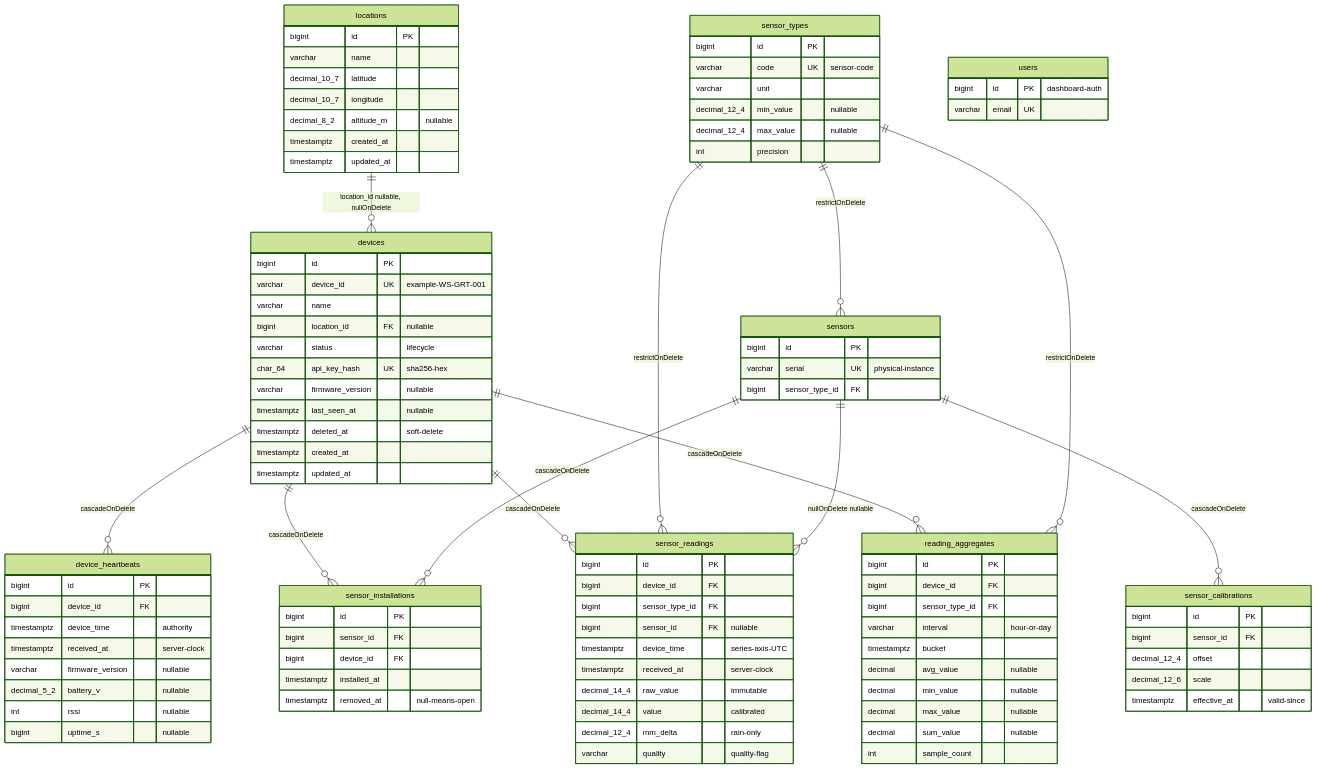
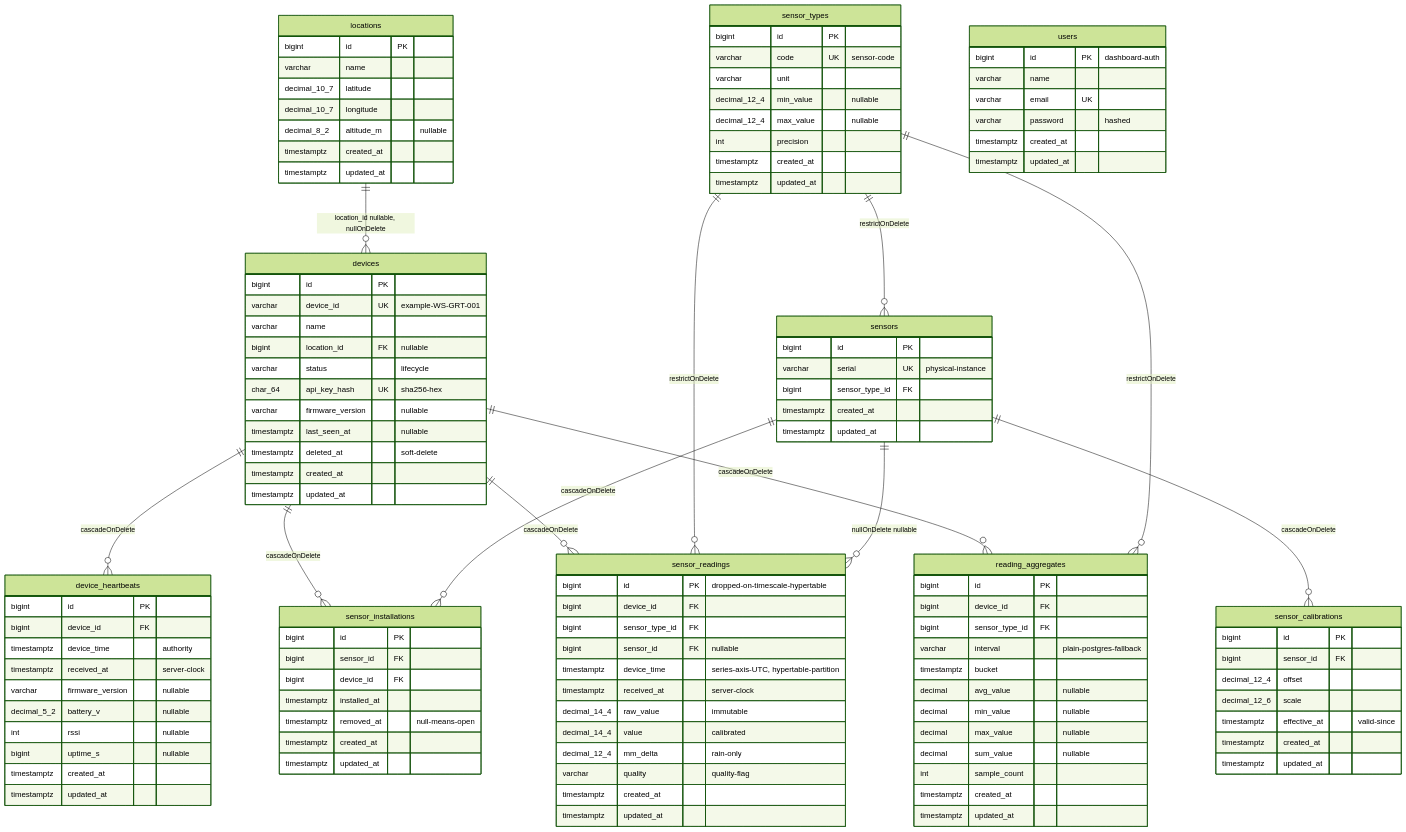
Before and after one commit to mmuqiitf/weather-station: the diagram in docs/erd.mmd, drawn with Mermaid (forest theme). The commit also changed 7 other files, not shown here.

First line of the commit message:
docs: natural Indonesian README/JAWABAN, refresh API/ERD/data-flow

```diff
--- a/docs/erd.mmd
+++ b/docs/erd.mmd
@@ -1,100 +1,118 @@
 erDiagram
     locations ||--o{ devices : "location_id nullable, nullOnDelete"
     devices ||--o{ device_heartbeats : "cascadeOnDelete"
     devices ||--o{ sensor_installations : "cascadeOnDelete"
     devices ||--o{ sensor_readings : "cascadeOnDelete"
     devices ||--o{ reading_aggregates : "cascadeOnDelete"
     sensor_types ||--o{ sensors : "restrictOnDelete"
     sensor_types ||--o{ sensor_readings : "restrictOnDelete"
     sensor_types ||--o{ reading_aggregates : "restrictOnDelete"
     sensors ||--o{ sensor_installations : "cascadeOnDelete"
     sensors ||--o{ sensor_calibrations : "cascadeOnDelete"
     sensors ||--o{ sensor_readings : "nullOnDelete nullable"
 
     locations {
         bigint id PK
         varchar name
         decimal_10_7 latitude
         decimal_10_7 longitude
         decimal_8_2 altitude_m "nullable"
         timestamptz created_at
         timestamptz updated_at
     }
     devices {
         bigint id PK
         varchar device_id UK "example-WS-GRT-001"
         varchar name
         bigint location_id FK "nullable"
         varchar status "lifecycle"
         char_64 api_key_hash UK "sha256-hex"
         varchar firmware_version "nullable"
         timestamptz last_seen_at "nullable"
         timestamptz deleted_at "soft-delete"
         timestamptz created_at
         timestamptz updated_at
     }
     device_heartbeats {
         bigint id PK
         bigint device_id FK
         timestamptz device_time "authority"
         timestamptz received_at "server-clock"
         varchar firmware_version "nullable"
         decimal_5_2 battery_v "nullable"
         int rssi "nullable"
         bigint uptime_s "nullable"
+        timestamptz created_at
+        timestamptz updated_at
     }
     sensor_types {
         bigint id PK
         varchar code UK "sensor-code"
         varchar unit
         decimal_12_4 min_value "nullable"
         decimal_12_4 max_value "nullable"
         int precision
+        timestamptz created_at
+        timestamptz updated_at
     }
     sensors {
         bigint id PK
         varchar serial UK "physical-instance"
         bigint sensor_type_id FK
+        timestamptz created_at
+        timestamptz updated_at
     }
     sensor_installations {
         bigint id PK
         bigint sensor_id FK
         bigint device_id FK
         timestamptz installed_at
         timestamptz removed_at "null-means-open"
+        timestamptz created_at
+        timestamptz updated_at
     }
     sensor_calibrations {
         bigint id PK
         bigint sensor_id FK
         decimal_12_4 offset
         decimal_12_6 scale
         timestamptz effective_at "valid-since"
+        timestamptz created_at
+        timestamptz updated_at
     }
     sensor_readings {
-        bigint id PK
+        bigint id PK "dropped-on-timescale-hypertable"
         bigint device_id FK
         bigint sensor_type_id FK
         bigint sensor_id FK "nullable"
-        timestamptz device_time "series-axis-UTC"
+        timestamptz device_time "series-axis-UTC, hypertable-partition"
         timestamptz received_at "server-clock"
         decimal_14_4 raw_value "immutable"
         decimal_14_4 value "calibrated"
         decimal_12_4 mm_delta "rain-only"
         varchar quality "quality-flag"
+        timestamptz created_at
+        timestamptz updated_at
     }
     reading_aggregates {
         bigint id PK
         bigint device_id FK
         bigint sensor_type_id FK
-        varchar interval "hour-or-day"
+        varchar interval "plain-postgres-fallback"
         timestamptz bucket
         decimal avg_value "nullable"
         decimal min_value "nullable"
         decimal max_value "nullable"
         decimal sum_value "nullable"
         int sample_count
+        timestamptz created_at
+        timestamptz updated_at
     }
     users {
         bigint id PK "dashboard-auth"
+        varchar name
         varchar email UK
+        varchar password "hashed"
+        timestamptz created_at
+        timestamptz updated_at
     }
```
